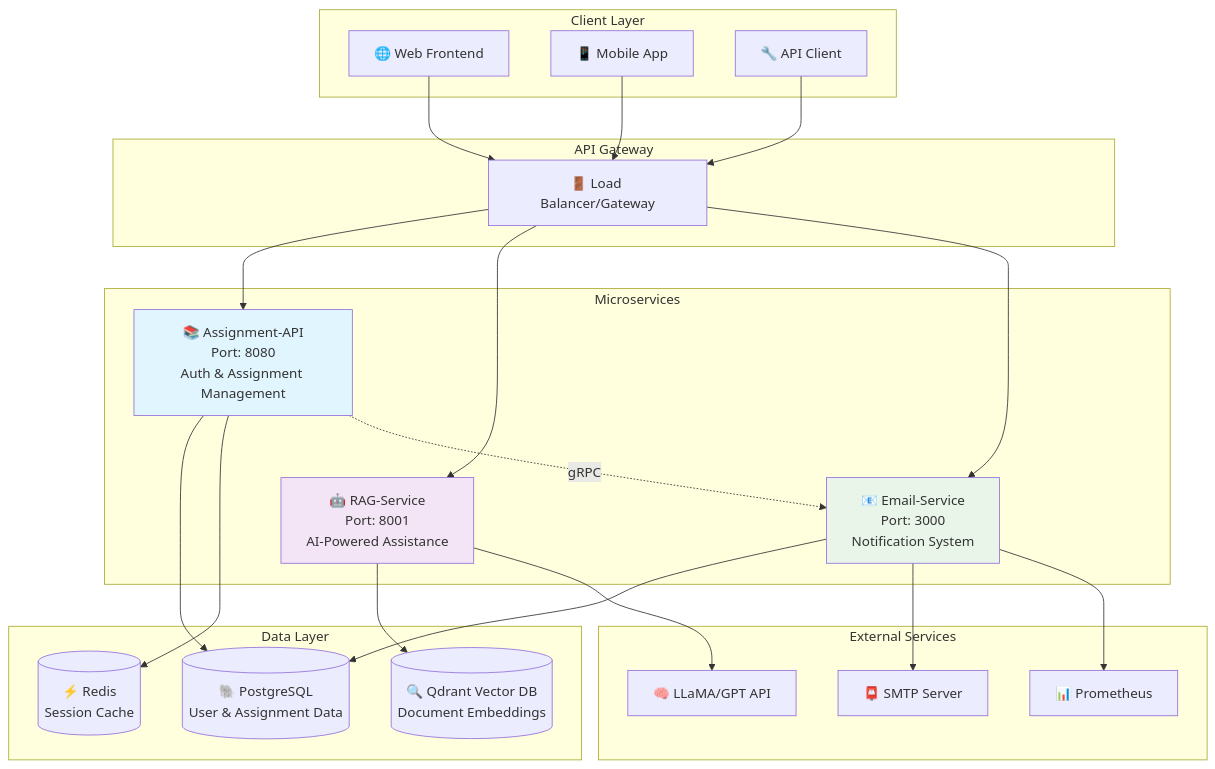
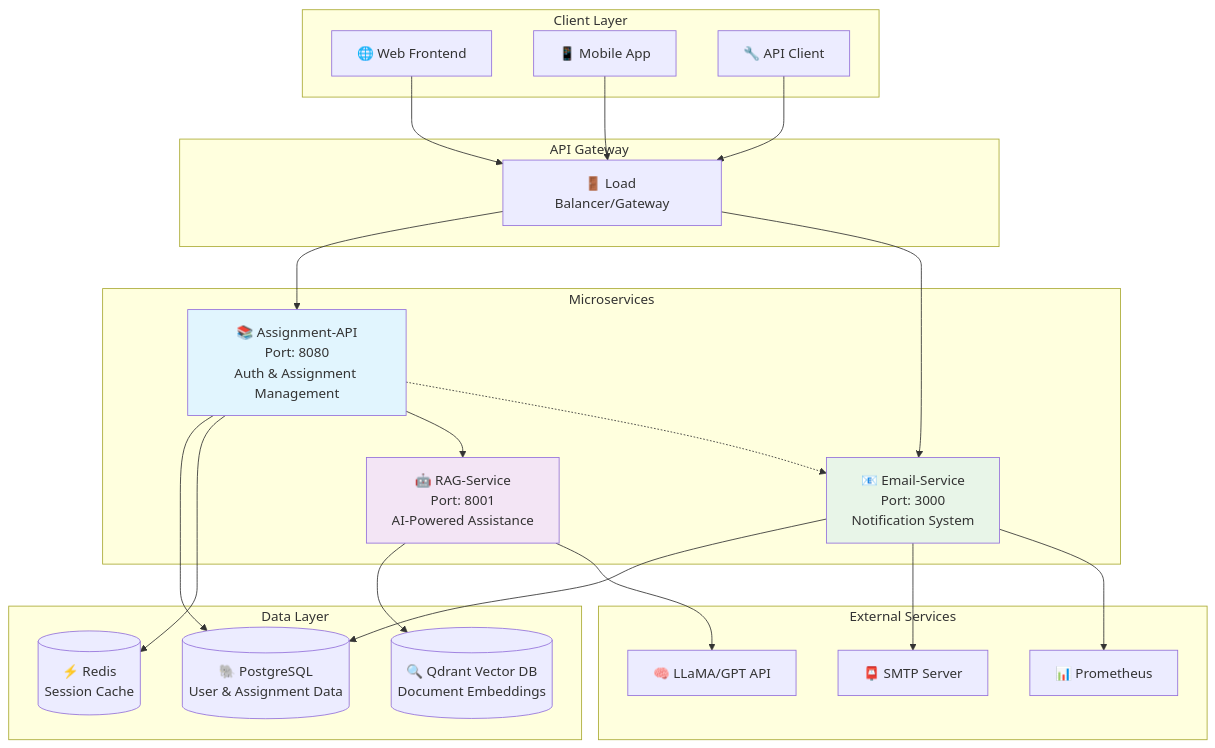
Before and after one commit to lokesh2201013/Assignment-portal-api: the diagram in README.md, drawn with Mermaid.

Commit message:
Updates reame

````diff
--- a/README.md
+++ b/README.md
@@ -8,53 +8,53 @@
 ```mermaid
 graph TB
     subgraph "Client Layer"
         WEB[🌐 Web Frontend]
         MOB[📱 Mobile App]
         API_CLIENT[🔧 API Client]
     end
     
     subgraph "API Gateway"
         GATEWAY[🚪 Load Balancer/Gateway]
     end
     
     subgraph "Microservices"
         ASSIGN[📚 Assignment-API<br/>Port: 8080<br/>Auth & Assignment Management]
         RAG[🤖 RAG-Service<br/>Port: 8001<br/>AI-Powered Assistance]
         EMAIL[📧 Email-Service<br/>Port: 3000<br/>Notification System]
     end
     
     subgraph "Data Layer"
         POSTGRES[(🐘 PostgreSQL<br/>User & Assignment Data)]
         QDRANT[(🔍 Qdrant Vector DB<br/>Document Embeddings)]
         REDIS[(⚡ Redis<br/>Session Cache)]
     end
     
     subgraph "External Services"
         SMTP[📮 SMTP Server]
         LLM[🧠 LLaMA/GPT API]
         PROMETHEUS[📊 Prometheus]
     end
     
     WEB --> GATEWAY
     MOB --> GATEWAY
     API_CLIENT --> GATEWAY
     
     GATEWAY --> ASSIGN
-    GATEWAY --> RAG
     GATEWAY --> EMAIL
     
     ASSIGN --> POSTGRES
     ASSIGN --> REDIS
-    ASSIGN -.->|gRPC| EMAIL
+    ASSIGN -->RAG
+    ASSIGN -.-> EMAIL
     
     RAG --> QDRANT
     RAG --> LLM
     
     EMAIL --> POSTGRES
     EMAIL --> SMTP
     EMAIL --> PROMETHEUS
     
     style ASSIGN fill:#e1f5fe
     style RAG fill:#f3e5f5
     style EMAIL fill:#e8f5e8
 ```
````
